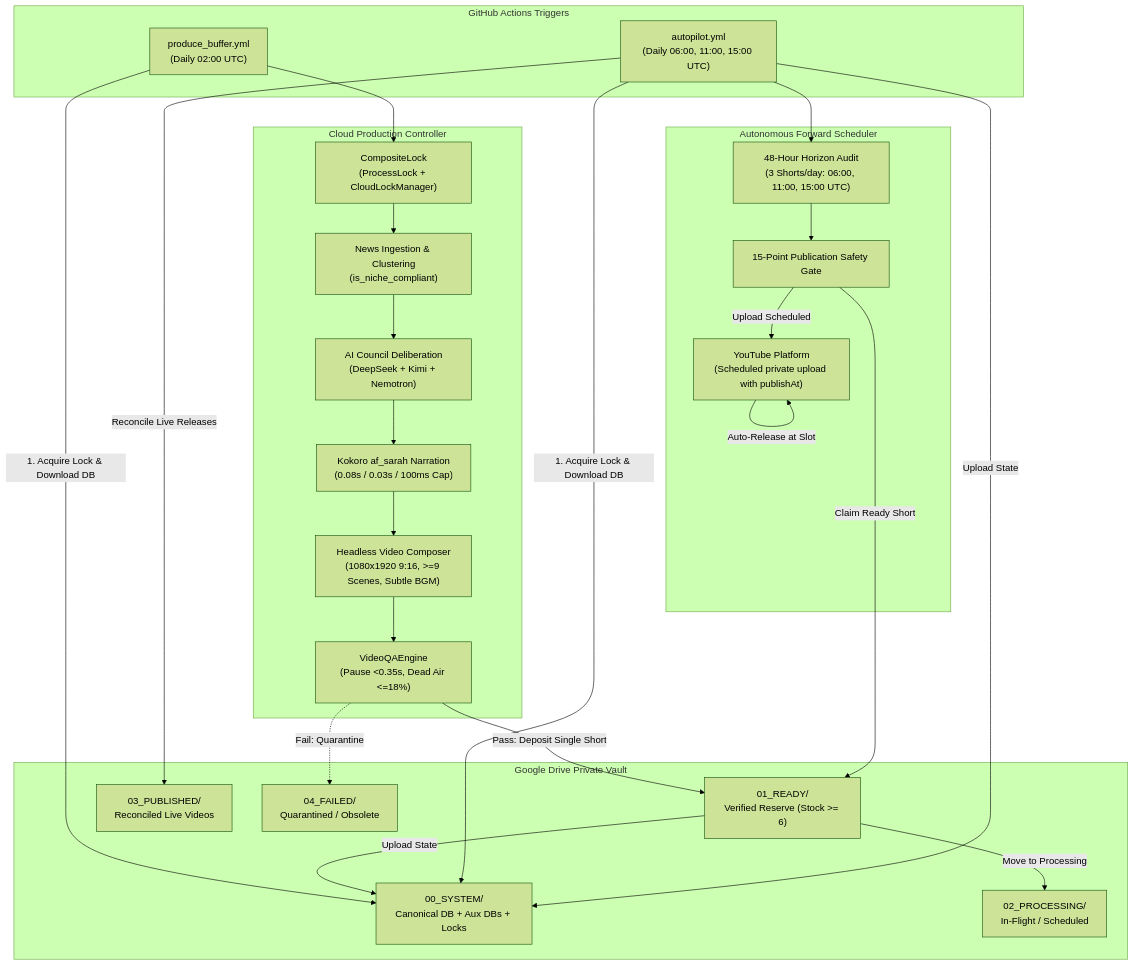
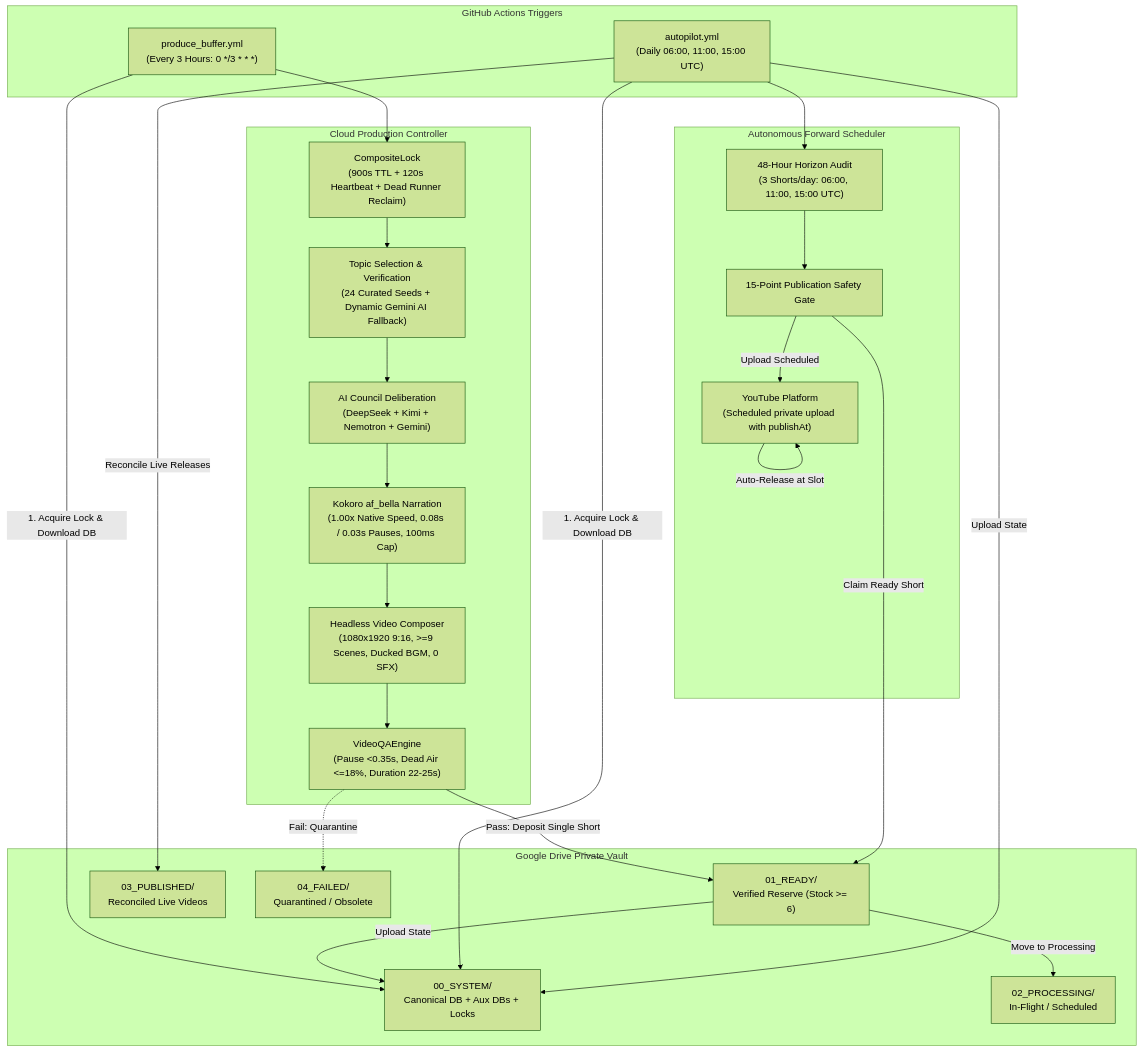
Before and after one commit to jishanh776600-svg/yt-automation: the diagram in data/knowledge/AL-AMR/00 - Master Dashboard.md, drawn with Mermaid (forest theme). The commit also changed other lines of this file and 56 other files, not shown here.

````diff
--- a/data/knowledge/AL-AMR/00 - Master Dashboard.md
+++ b/data/knowledge/AL-AMR/00 - Master Dashboard.md
@@ -51,51 +51,51 @@
 ```mermaid
 flowchart TD
     subgraph Cloud_Triggers [GitHub Actions Triggers]
-        PB["produce_buffer.yml<br/>(Daily 02:00 UTC)"]
+        PB["produce_buffer.yml<br/>(Every 3 Hours: 0 */3 * * *)"]
         AP["autopilot.yml<br/>(Daily 06:00, 11:00, 15:00 UTC)"]
     end
 
     subgraph State_Storage [Google Drive Private Vault]
         SYS["00_SYSTEM/<br/>Canonical DB + Aux DBs + Locks"]
         READY["01_READY/<br/>Verified Reserve (Stock >= 6)"]
         PROC["02_PROCESSING/<br/>In-Flight / Scheduled"]
         PUB["03_PUBLISHED/<br/>Reconciled Live Videos"]
         FAIL["04_FAILED/<br/>Quarantined / Obsolete"]
     end
 
     subgraph Production_Engine [Cloud Production Controller]
-        LOCK["CompositeLock<br/>(ProcessLock + CloudLockManager)"]
-        INGEST["News Ingestion & Clustering<br/>(is_niche_compliant)"]
-        COUNCIL["AI Council Deliberation<br/>(DeepSeek + Kimi + Nemotron)"]
-        TTS["Kokoro af_sarah Narration<br/>(0.08s / 0.03s / 100ms Cap)"]
-        RENDER["Headless Video Composer<br/>(1080x1920 9:16, >=9 Scenes, Subtle BGM)"]
-        QA["VideoQAEngine<br/>(Pause <0.35s, Dead Air <=18%)"]
+        LOCK["CompositeLock<br/>(900s TTL + 120s Heartbeat + Dead Runner Reclaim)"]
+        INGEST["Topic Selection & Verification<br/>(24 Curated Seeds + Dynamic Gemini AI Fallback)"]
+        COUNCIL["AI Council Deliberation<br/>(DeepSeek + Kimi + Nemotron + Gemini)"]
+        TTS["Kokoro af_bella Narration<br/>(1.00x Native Speed, 0.08s / 0.03s Pauses, 100ms Cap)"]
+        RENDER["Headless Video Composer<br/>(1080x1920 9:16, >=9 Scenes, Ducked BGM, 0 SFX)"]
+        QA["VideoQAEngine<br/>(Pause <0.35s, Dead Air <=18%, Duration 22-25s)"]
     end
 
     subgraph Publishing_Engine [Autonomous Forward Scheduler]
         HORIZON["48-Hour Horizon Audit<br/>(3 Shorts/day: 06:00, 11:00, 15:00 UTC)"]
         SAFETY["15-Point Publication Safety Gate"]
         YT["YouTube Platform<br/>(Scheduled private upload with publishAt)"]
     end
 
     PB -->|1. Acquire Lock & Download DB| SYS
     PB --> LOCK
     LOCK --> INGEST
     INGEST --> COUNCIL
     COUNCIL --> TTS
     TTS --> RENDER
     RENDER --> QA
     QA -->|Pass: Deposit Single Short| READY
     QA -.->|Fail: Quarantine| FAIL
     READY -->|Upload State| SYS
 
     AP -->|1. Acquire Lock & Download DB| SYS
     AP --> HORIZON
     HORIZON --> SAFETY
     SAFETY -->|Claim Ready Short| READY
     READY -->|Move to Processing| PROC
     SAFETY -->|Upload Scheduled| YT
     YT -->|Auto-Release at Slot| YT
     AP -->|Reconcile Live Releases| PUB
     AP -->|Upload State| SYS
 ```
````
